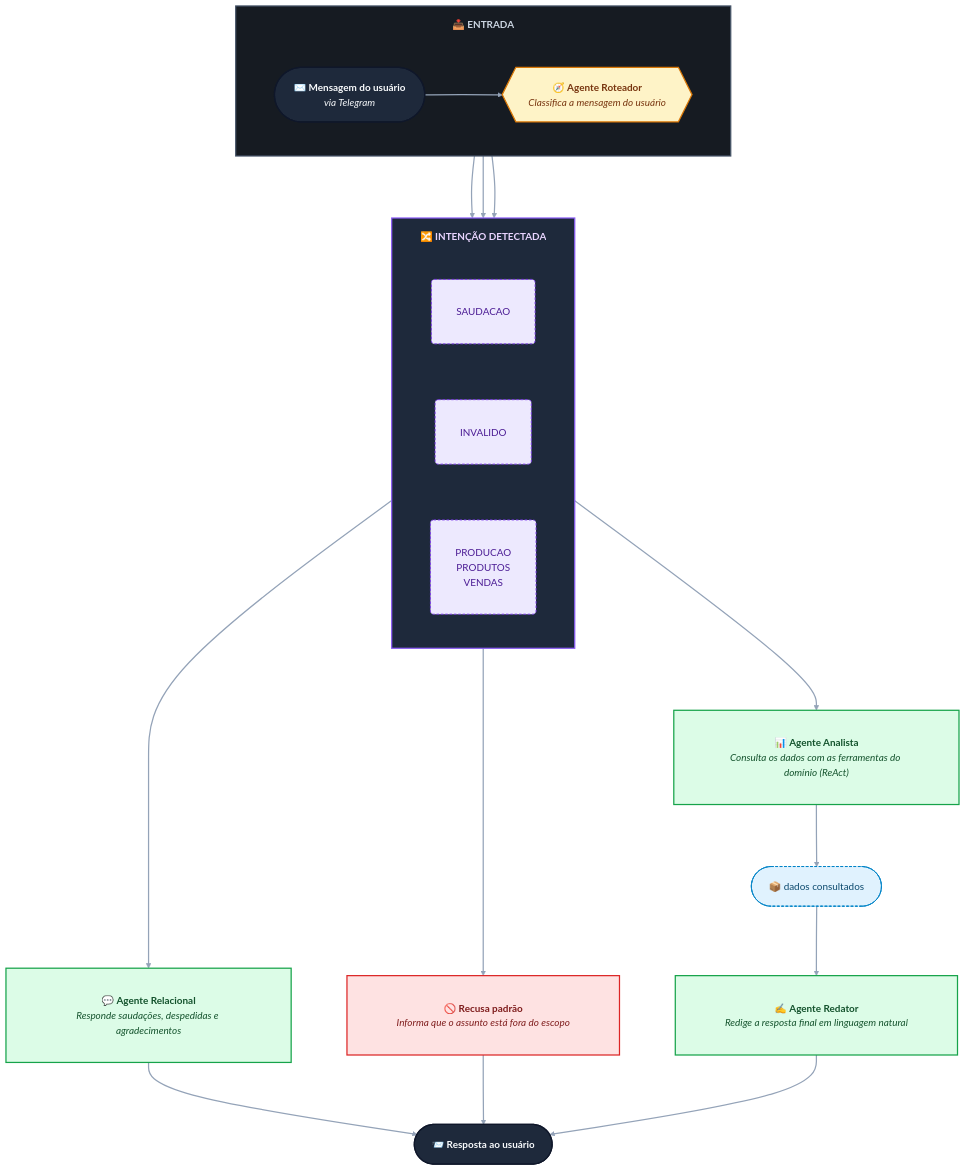
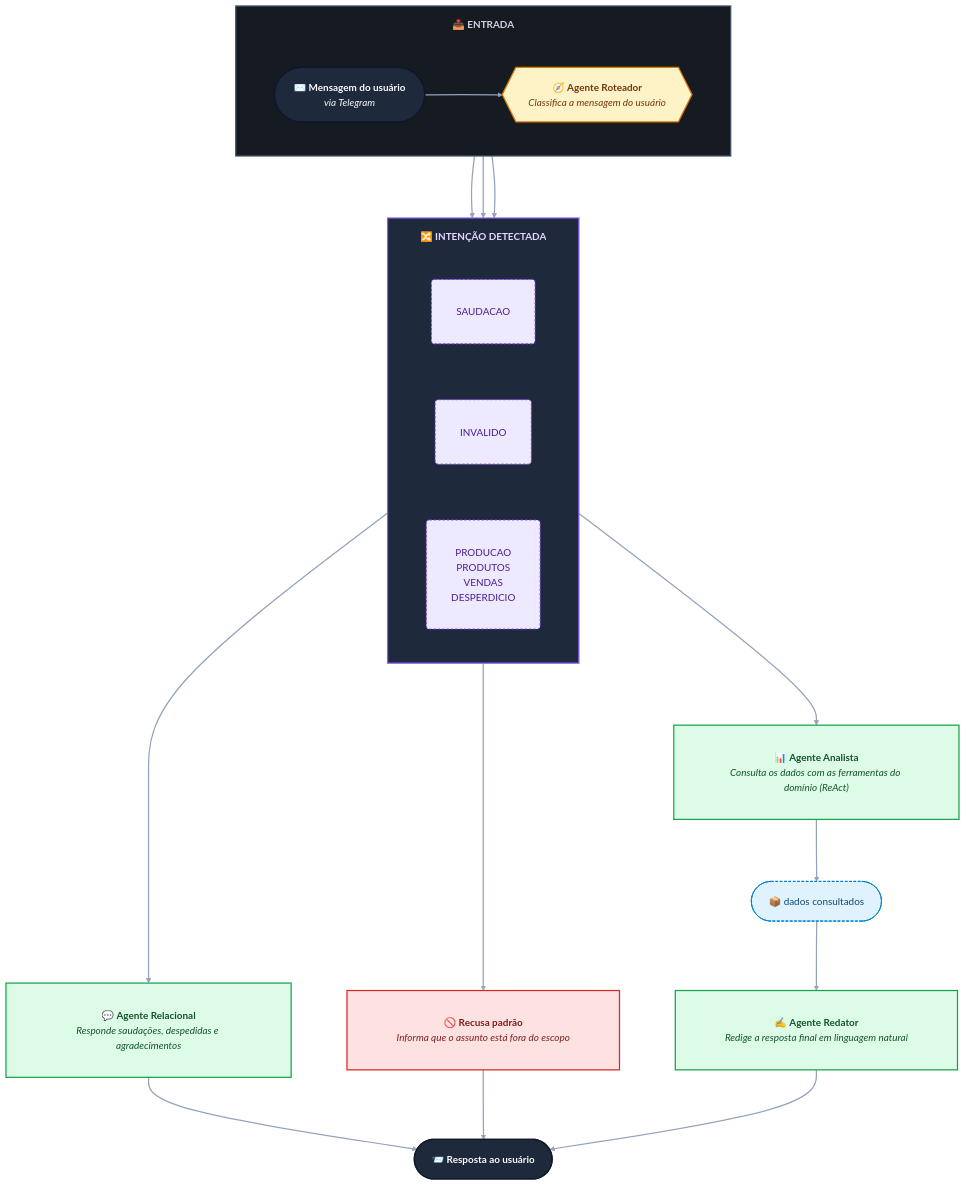
One commit to McLorem-Tecnologia/api-1-semestre-2026 changed the third of 4 diagrams in docs/cliente/tecnico/Arquitetura.md. Above: the diagram before and after it, drawn with Mermaid. The commit also changed other lines of this file and 5 other files, not shown here.

````diff
--- a/docs/cliente/tecnico/Arquitetura.md
+++ b/docs/cliente/tecnico/Arquitetura.md
@@ -247,60 +327,60 @@
 ```mermaid
 %%{init: {
   'flowchart': {'nodeSpacing': 90, 'rankSpacing': 100, 'padding': 40, 'wrappingWidth': 300, 'subGraphTitleMargin': {'top': 18, 'bottom': 26}},
   'themeVariables': {'fontSize': '16px', 'clusterBkg': '#1e293b', 'clusterBorder': '#8b5cf6', 'titleColor': '#e9d5ff'}
 }}%%
 flowchart TD
     subgraph ENTRADA ["`📥 **ENTRADA**`"]
         direction LR
         U(["`✉️ **Mensagem do usuário**
         *via Telegram*`"])
         R{{"`🧭 **Agente Roteador**
         *Classifica a mensagem do usuário*`"}}
     end
 
     subgraph ROTAS ["`🔀 **INTENÇÃO DETECTADA**`"]
         direction LR
         C1("SAUDACAO")
         C2("INVALIDO")
-        C3("PRODUCAO<br/>PRODUTOS<br/>VENDAS")
+        C3("PRODUCAO<br/>PRODUTOS<br/>VENDAS<br/>DESPERDICIO")
     end
 
     L["`💬 **Agente Relacional**
     *Responde saudações, despedidas e agradecimentos*`"]
     X["`🚫 **Recusa padrão**
     *Informa que o assunto está fora do escopo*`"]
     A["`📊 **Agente Analista**
     *Consulta os dados com as ferramentas do domínio (ReAct)*`"]
     D(["📦 dados consultados"])
     W["`✍️ **Agente Redator**
     *Redige a resposta final em linguagem natural*`"]
     O(["`📨 **Resposta ao usuário**`"])
 
     U --> R
     ENTRADA --> C1 & C2 & C3
     C1 --> L
     C2 --> X
     C3 --> A
     A --> D --> W
     L --> O
     X --> O
     W --> O
 
     classDef io fill:#1e293b,stroke:#0f172a,color:#f8fafc,stroke-width:2px
     classDef router fill:#fef3c7,stroke:#d97706,color:#78350f,stroke-width:2px
     classDef route fill:#ede9fe,stroke:#7c3aed,color:#4c1d95,stroke-width:1.5px,stroke-dasharray:4 3
     classDef agent fill:#dcfce7,stroke:#16a34a,color:#14532d,stroke-width:2px
     classDef fixed fill:#fee2e2,stroke:#dc2626,color:#7f1d1d,stroke-width:2px
     classDef data fill:#e0f2fe,stroke:#0284c7,color:#0c4a6e,stroke-width:1.5px,stroke-dasharray:4 3
 
     class U,O io
     class R router
     class C1,C2,C3 route
     class L,A,W agent
     class X fixed
     class D data
 
     style ENTRADA fill:#161b22,stroke:#475569,stroke-width:2px,color:#cbd5e1
     style ROTAS fill:#1e293b,stroke:#8b5cf6,stroke-width:2px,color:#e9d5ff
     linkStyle default stroke:#94a3b8,stroke-width:2px
 ```
````
